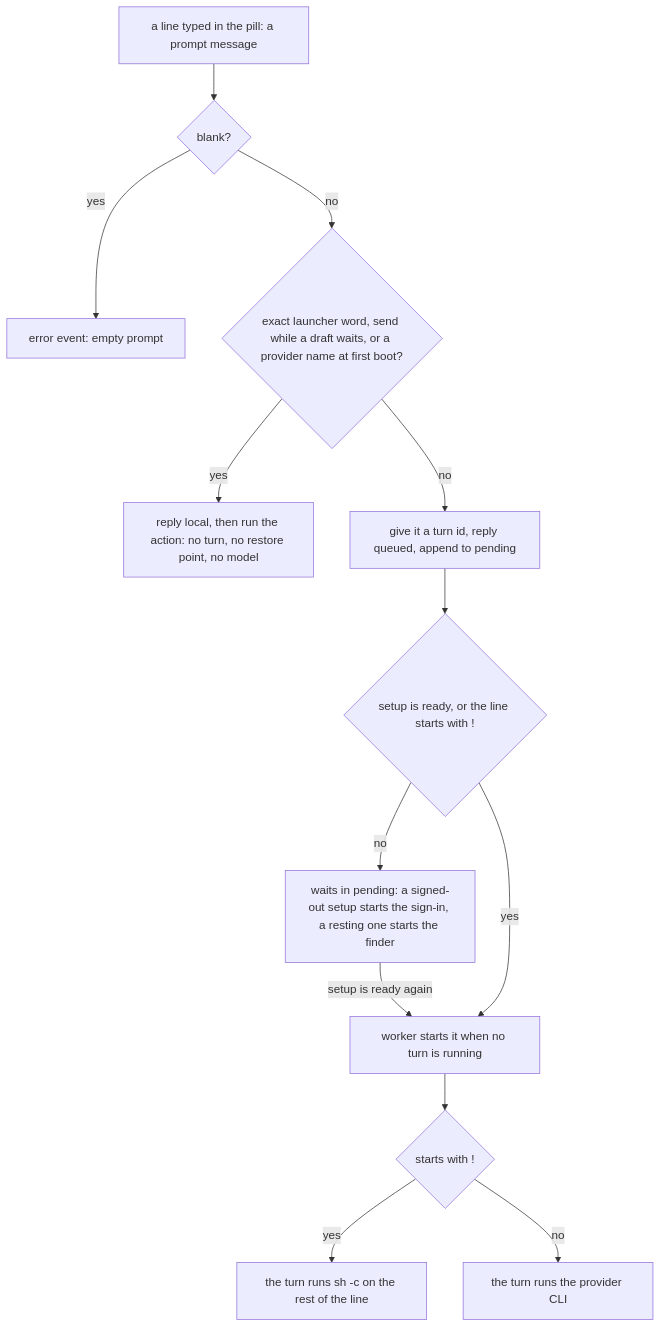
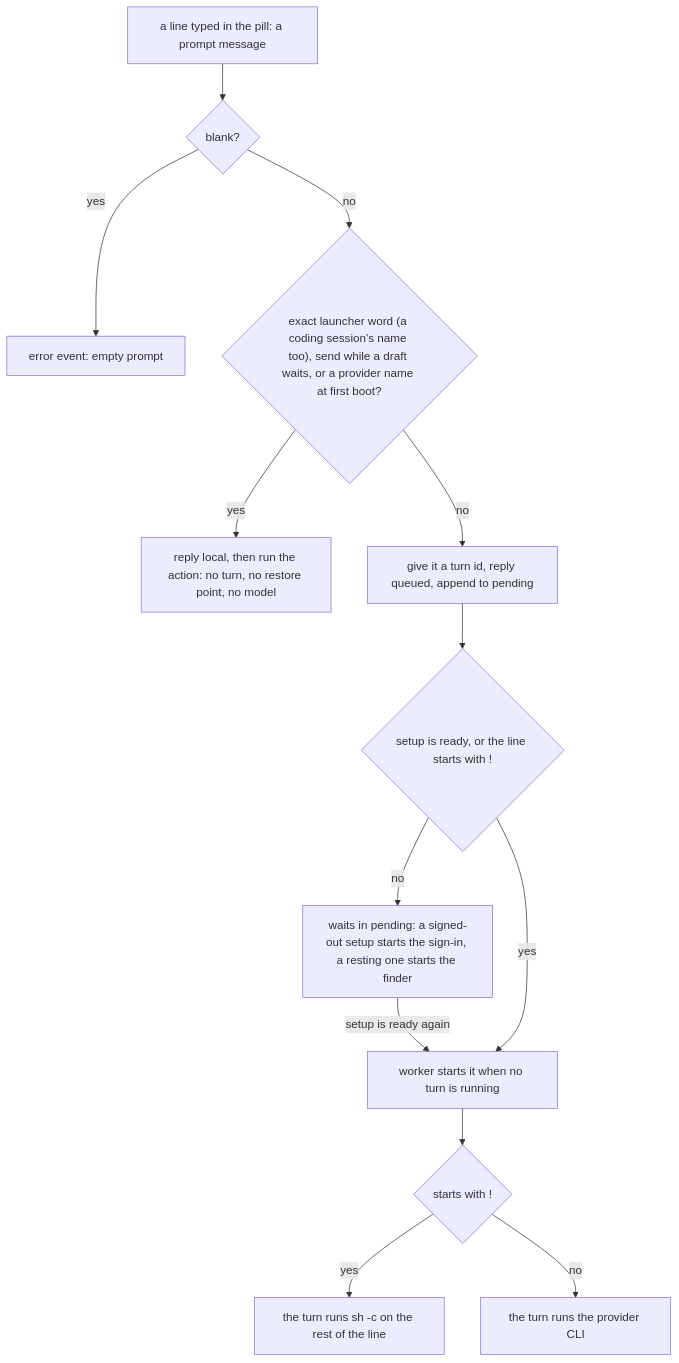
The second of 2 diagrams in docs/architecture/agentd.md (thedefaultman/Bombadil), drawn with Mermaid before and after one commit. The commit also changed other lines of this file and 37 other files, not shown here.

First line of the commit message:
docs: image, install and session-service pages checked against main with coding sessions (work in progress)

````diff
--- a/docs/architecture/agentd.md
+++ b/docs/architecture/agentd.md
@@ -66,15 +66,15 @@
 ```mermaid
 flowchart TB
     typed["a line typed in the pill: a prompt message"] --> blank{"blank?"}
     blank -- yes --> err["error event: empty prompt"]
-    blank -- no --> word{"exact launcher word, send while a draft waits, or a provider name at first boot?"}
+    blank -- no --> word{"exact launcher word (a coding session's name too), send while a draft waits, or a provider name at first boot?"}
     word -- yes --> local["reply local, then run the action: no turn, no restore point, no model"]
     word -- no --> queue["give it a turn id, reply queued, append to pending"]
     queue --> ready{"setup is ready, or the line starts with !"}
     ready -- no --> wait["waits in pending: a signed-out setup starts the sign-in, a resting one starts the finder"]
     wait -- setup is ready again --> worker
     ready -- yes --> worker["worker starts it when no turn is running"]
     worker --> bang{"starts with !"}
     bang -- yes --> sh["the turn runs sh -c on the rest of the line"]
     bang -- no --> cli["the turn runs the provider CLI"]
 ```
````
